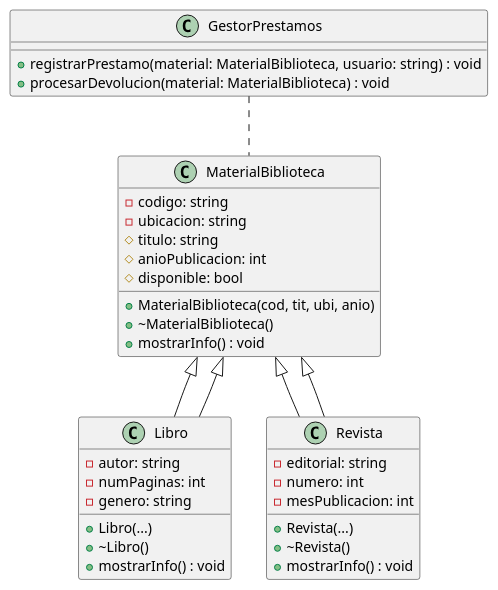
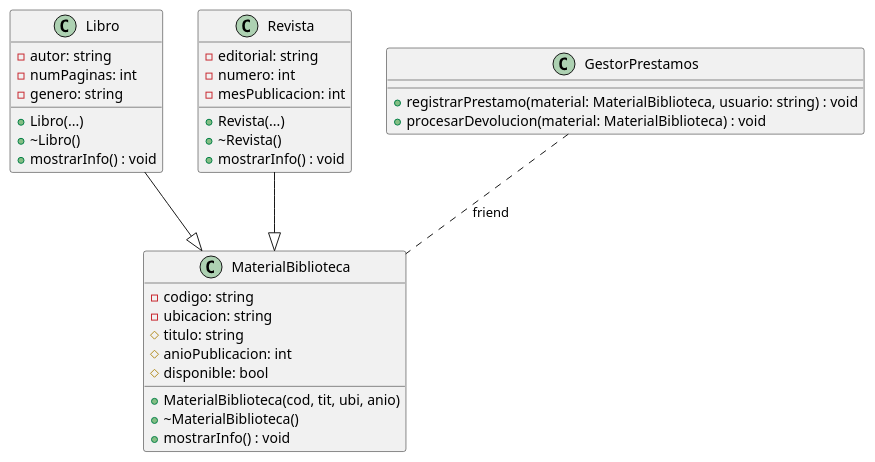
The diagram in docs/diagrama.puml (DanielSSamaniego/POO-2H2-2025), drawn with PlantUML before and after one commit. The commit also changed 3 other files, not shown here.

```diff
--- a/docs/diagrama.puml
+++ b/docs/diagrama.puml
@@ -1,40 +1,41 @@
 @startuml
 
 class MaterialBiblioteca {
   - codigo: string
   - ubicacion: string
   # titulo: string
   # anioPublicacion: int
   # disponible: bool
   + MaterialBiblioteca(cod, tit, ubi, anio)
   + ~MaterialBiblioteca()
   + mostrarInfo() : void
 }
 
-class Libro extends MaterialBiblioteca {
+class Libro {
   - autor: string
   - numPaginas: int
   - genero: string
   + Libro(...)
   + ~Libro()
   + mostrarInfo() : void
 }
 
-class Revista extends MaterialBiblioteca {
+class Revista {
   - editorial: string
   - numero: int
   - mesPublicacion: int
   + Revista(...)
   + ~Revista()
   + mostrarInfo() : void
 }
 
 class GestorPrestamos {
   + registrarPrestamo(material: MaterialBiblioteca, usuario: string) : void
   + procesarDevolucion(material: MaterialBiblioteca) : void
 }
 
-MaterialBiblioteca <|-- Libro
-MaterialBiblioteca <|-- Revista
-GestorPrestamos .. MaterialBiblioteca
+Libro --|> MaterialBiblioteca
+Revista --|> MaterialBiblioteca
+GestorPrestamos .. MaterialBiblioteca : friend
+
 @enduml
```
